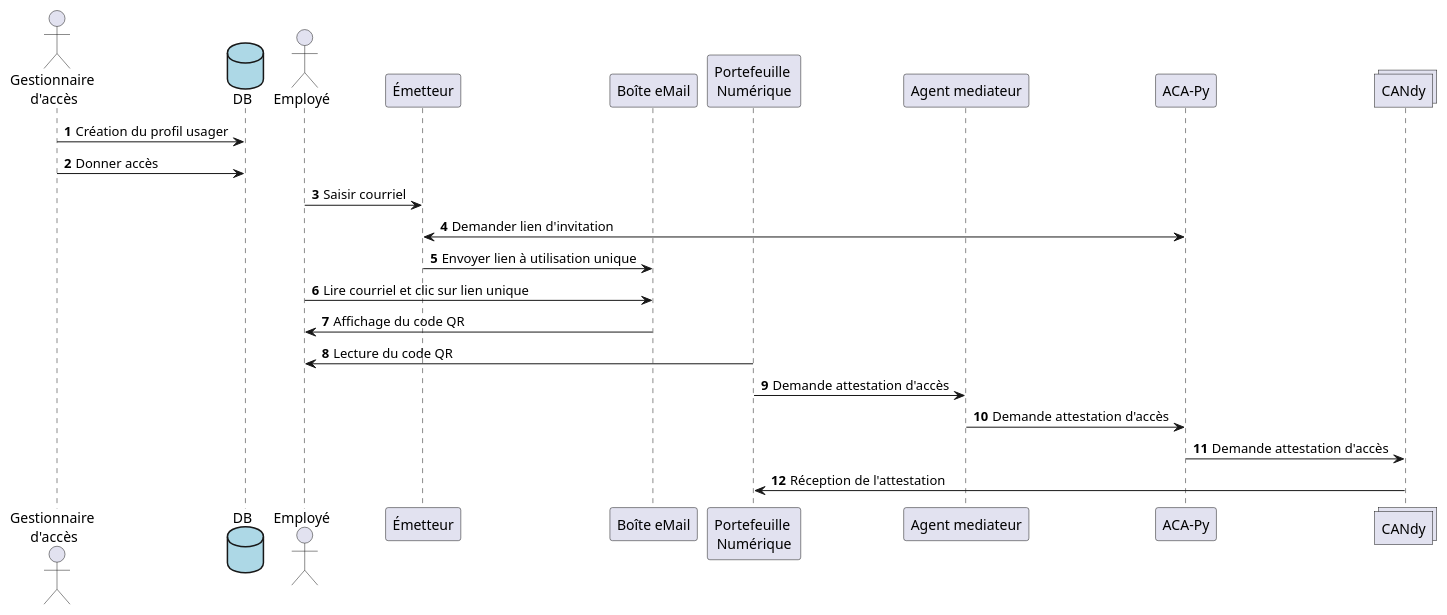
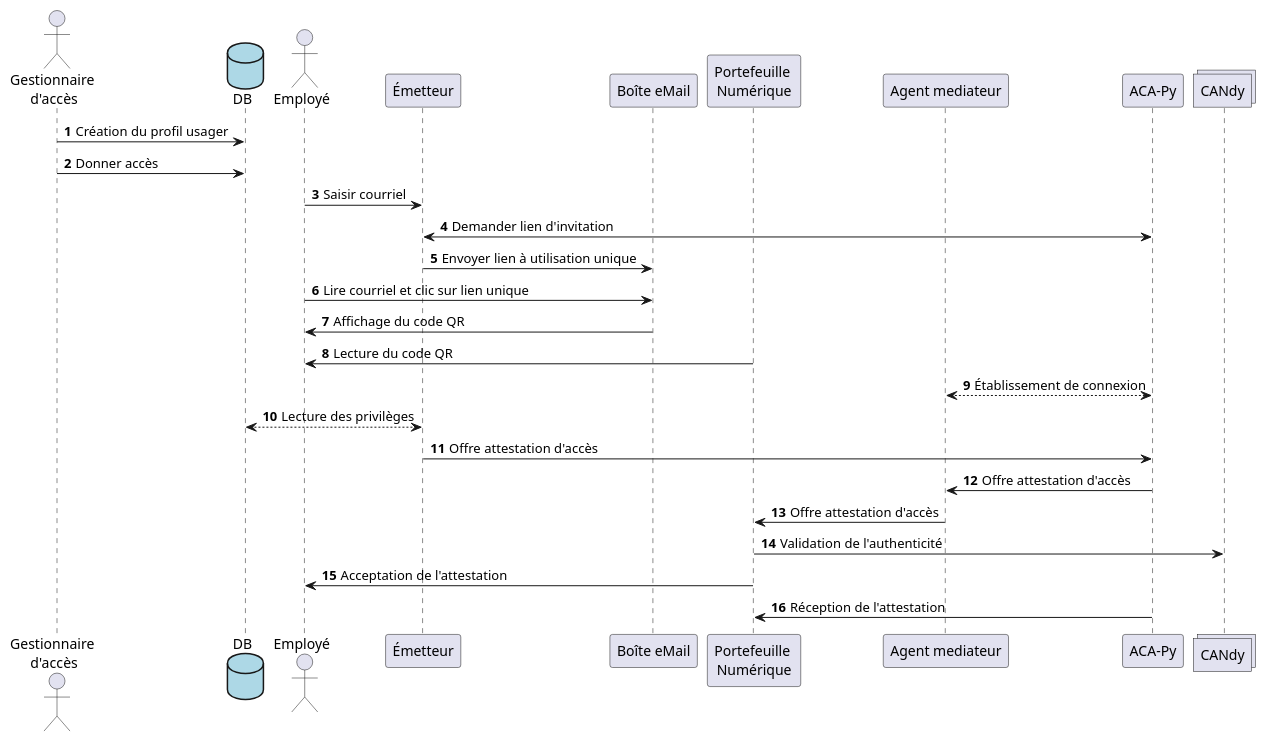
Before and after one commit to CQEN-QDCE/exp-attestation-emploie-acces: the diagram in doc/SchemaSeqEmetteur.puml, drawn with PlantUML. The commit also changed 3 other files, not shown here.

```diff
--- a/doc/SchemaSeqEmetteur.puml
+++ b/doc/SchemaSeqEmetteur.puml
@@ -1,33 +1,37 @@
 @startuml SchemaEmetteur
 autonumber
 
 '*************
 'Déclaration de participants
 '*************
 actor "Gestionnaire \nd'accès" as Gestionnaire
 database "DB" as DB #LightBlue
 actor Employé as Employee
 participant Émetteur as Emetteur
 participant "Boîte eMail" as Boite
 participant  "Portefeuille \nNumérique" as wallet    
 participant "Agent mediateur" as AM
 participant "ACA-Py" as ACAPY   
 collections CANdy
 '**************
 'DÉFINITION DES LIENS
 '**************
 Gestionnaire -> DB : Création du profil usager
 Gestionnaire -> DB : Donner accès
 Employee -> Emetteur : Saisir courriel
 Emetteur <-> ACAPY : Demander lien d'invitation
 'Emetteur <-> DB : Vérification de l'accès
 Emetteur -> Boite : Envoyer lien à utilisation unique
 Employee -> Boite : Lire courriel et clic sur lien unique
 Boite -> Employee : Affichage du code QR
 wallet -> Employee : Lecture du code QR
-wallet -> AM : Demande attestation d'accès
-AM -> ACAPY : Demande attestation d'accès
-ACAPY -> CANdy : Demande attestation d'accès
-CANdy -> wallet : Réception de l'attestation
+AM <--> ACAPY : Établissement de connexion
+Emetteur <--> DB : Lecture des privilèges
+Emetteur  -> ACAPY : Offre attestation d'accès
+AM <- ACAPY : Offre attestation d'accès
+AM -> wallet : Offre attestation d'accès
+CANdy <- wallet : Validation de l'authenticité
+wallet -> Employee : Acceptation de l'attestation
+ACAPY -> wallet : Réception de l'attestation
 
 @enduml
```
